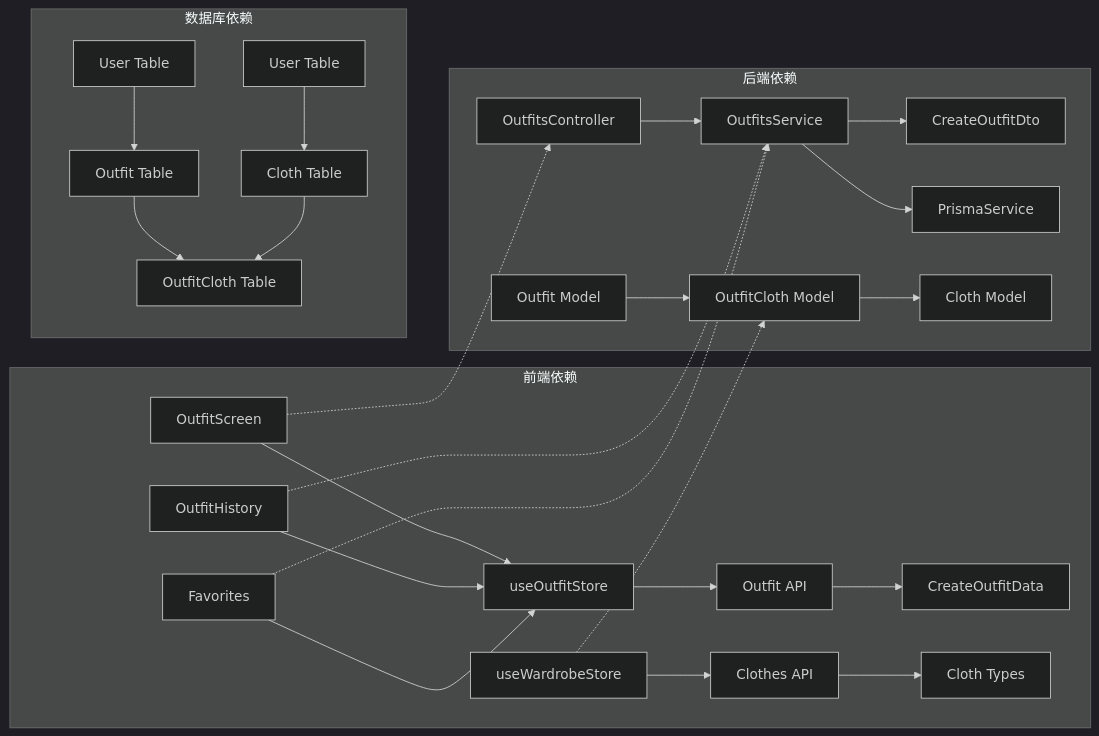
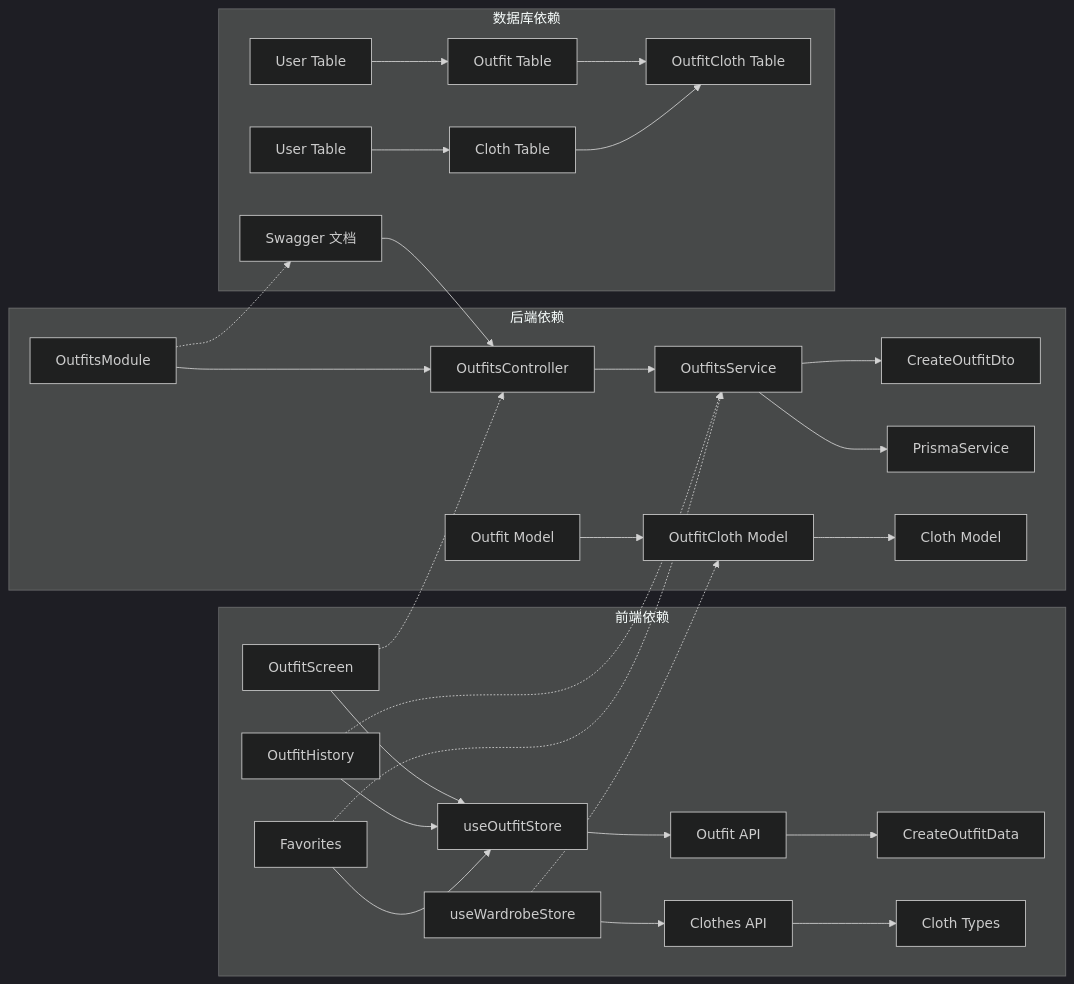
One commit to lsqwawa/free-dress changed the tenth of 10 diagrams in .qoder/repowiki/zh/content/后端开发指南/核心模块详解/搭配模块.md. Above: the diagram before and after it, drawn with Mermaid (dark theme). The commit also changed other lines of this file and 74 other files, not shown here.

````diff
--- a/.qoder/repowiki/zh/content/后端开发指南/核心模块详解/搭配模块.md
+++ b/.qoder/repowiki/zh/content/后端开发指南/核心模块详解/搭配模块.md
@@ -414,29 +486,32 @@
 ```mermaid
 graph LR
 subgraph "前端依赖"
 A[OutfitScreen] --> B[useOutfitStore]
 B --> C[Outfit API]
 C --> D[CreateOutfitData]
 E[useWardrobeStore] --> F[Clothes API]
 F --> G[Cloth Types]
 H[OutfitHistory] --> B
 I[Favorites] --> B
 end
 subgraph "后端依赖"
 J[OutfitsController] --> K[OutfitsService]
 K --> L[CreateOutfitDto]
 K --> M[PrismaService]
 N[OutfitCloth Model] --> O[Cloth Model]
 P[Outfit Model] --> N
+Q[OutfitsModule] --> J
 end
 subgraph "数据库依赖"
-Q[Outfit Table] --> R[OutfitCloth Table]
-S[Cloth Table] --> R
-T[User Table] --> Q
-U[User Table] --> S
+R[Outfit Table] --> S[OutfitCloth Table]
+T[Cloth Table] --> S
+U[User Table] --> R
+V[User Table] --> T
+W[Swagger 文档] --> J
 end
 A -.-> J
 E -.-> N
 H -.-> K
 I -.-> K
+Q -.-> W
 ```
````
